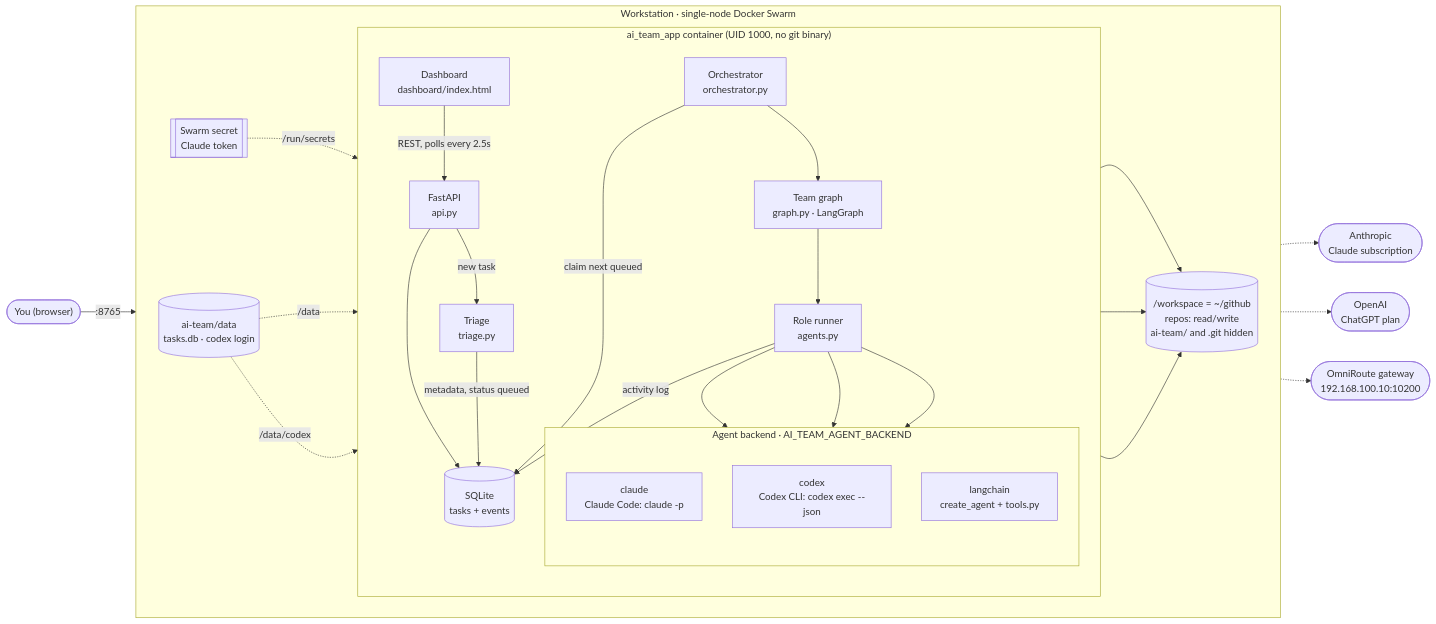
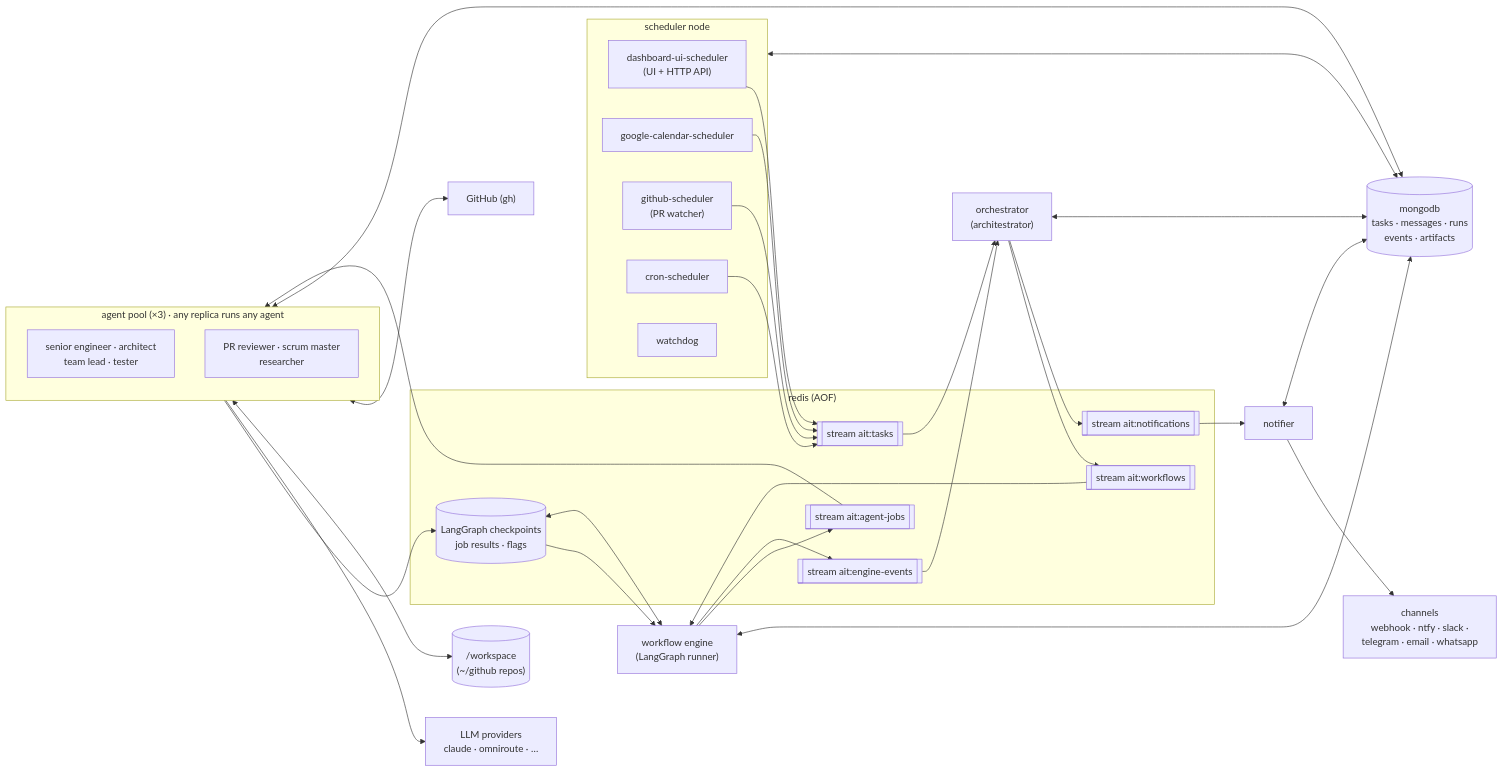
One commit to vKrypto/ai-tech-team changed the first of 3 diagrams in README.md. Above: the diagram before and after it, drawn with Mermaid. The commit also changed other lines of this file and 282 other files, not shown here.

````diff
--- a/README.md
+++ b/README.md
@@ -96,52 +16,39 @@
 ```mermaid
 flowchart LR
-    user(["You (browser)"])
+  subgraph S["scheduler node"]
+    UI["dashboard-ui-scheduler<br/>(UI + HTTP API)"]
+    CAL["google-calendar-scheduler"]
+    GH["github-scheduler<br/>(PR watcher)"]
+    CRON["cron-scheduler"]
+    MON["watchdog"]
+  end
+  subgraph R["redis (AOF)"]
+    T[["stream ait:tasks"]]
+    W[["stream ait:workflows"]]
+    J[["stream ait:agent-jobs"]]
+    E[["stream ait:engine-events"]]
+    N[["stream ait:notifications"]]
+    CP[("LangGraph checkpoints<br/>job results · flags")]
+  end
+  O["orchestrator<br/>(architestrator)"]
+  EN["workflow engine<br/>(LangGraph runner)"]
+  subgraph A["agent pool (×3) · any replica runs any agent"]
+    A1["senior engineer · architect<br/>team lead · tester"]
+    A2["PR reviewer · scrum master<br/>researcher"]
+  end
+  NO["notifier"]
+  M[("mongodb<br/>tasks · messages · runs<br/>events · artifacts")]
+  P["LLM providers<br/>claude · omniroute · …"]
+  CH["channels<br/>webhook · ntfy · slack ·<br/>telegram · email · whatsapp"]
+  WS[("/workspace<br/>(~/github repos)")]
 
-    subgraph host["Workstation · single-node Docker Swarm"]
-        direction LR
-        subgraph ctr["ai_team_app container (UID 1000, no git binary)"]
-            direction TB
-            dash["Dashboard<br/>dashboard/index.html"]
-            api["FastAPI<br/>api.py"]
-            db[("SQLite<br/>tasks + events")]
-            triage["Triage<br/>triage.py"]
-            orch["Orchestrator<br/>orchestrator.py"]
-            tgraph["Team graph<br/>graph.py · LangGraph"]
-            agents["Role runner<br/>agents.py"]
-
-            subgraph backends["Agent backend · AI_TEAM_AGENT_BACKEND"]
-                direction TB
-                claude["claude<br/>Claude Code: claude -p"]
-                codex["codex<br/>Codex CLI: codex exec --json"]
-                lc["langchain<br/>create_agent + tools.py"]
-            end
-        end
-
-        ws[("/workspace = ~/github<br/>repos: read/write<br/>ai-team/ and .git hidden")]
-        data[("ai-team/data<br/>tasks.db · codex login")]
-        secret[["Swarm secret<br/>Claude token"]]
-    end
-
-    anthropic(["Anthropic<br/>Claude subscription"])
-    openai(["OpenAI<br/>ChatGPT plan"])
-    omni(["OmniRoute gateway<br/>192.168.100.10:10200"])
-
-    user -->|":8765"| dash
-    dash -->|"REST, polls every 2.5s"| api
-    api --> db
-    api -->|"new task"| triage
-    triage -->|"metadata, status queued"| db
-    orch -->|"claim next queued"| db
-    orch --> tgraph --> agents
-    agents --> claude & codex & lc
-    claude --> ws
-    codex --> ws
-    lc --> ws
-    agents -->|"activity log"| db
-    claude -.-> anthropic
-    codex -.-> openai
-    lc -.-> omni
-    secret -.->|"/run/secrets"| claude
-    data -.->|"/data"| db
-    data -.->|"/data/codex"| codex
+  UI & CAL & GH & CRON --> T
+  T --> O --> W --> EN --> J --> A
+  A --> CP --> EN
+  EN --> E --> O --> N --> NO --> CH
+  EN <--> CP
+  A --> P
+  A <--> WS
+  A <--> GHUB["GitHub (gh)"]
+  S & O & EN & A & NO <--> M
 ```
````
